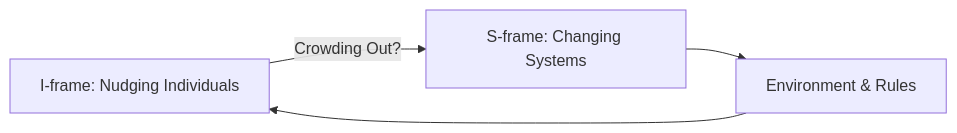
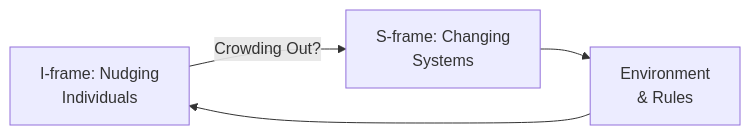
Before and after one commit to GM024/CourseSummaries: the fifth of 7 diagrams in Communication_Influence/Mastery_Guide_SOW_BS033.md, drawn with Mermaid. The commit also changed other lines of this file, not shown here.

Commit message:
Fix Mermaid diagram text overflow using <br /> tags

````diff
--- a/Communication_Influence/Mastery_Guide_SOW_BS033.md
+++ b/Communication_Influence/Mastery_Guide_SOW_BS033.md
@@ -150,6 +150,6 @@
 ```mermaid
 graph LR
-    I[I-frame: Nudging Individuals] -- Crowding Out? --> S[S-frame: Changing Systems]
-    S --> Environment[Environment & Rules]
+    I[I-frame: Nudging<br/>Individuals] -- Crowding Out? --> S[S-frame: Changing<br/>Systems]
+    S --> Environment[Environment<br/>& Rules]
     Environment --> I
 ```
````
